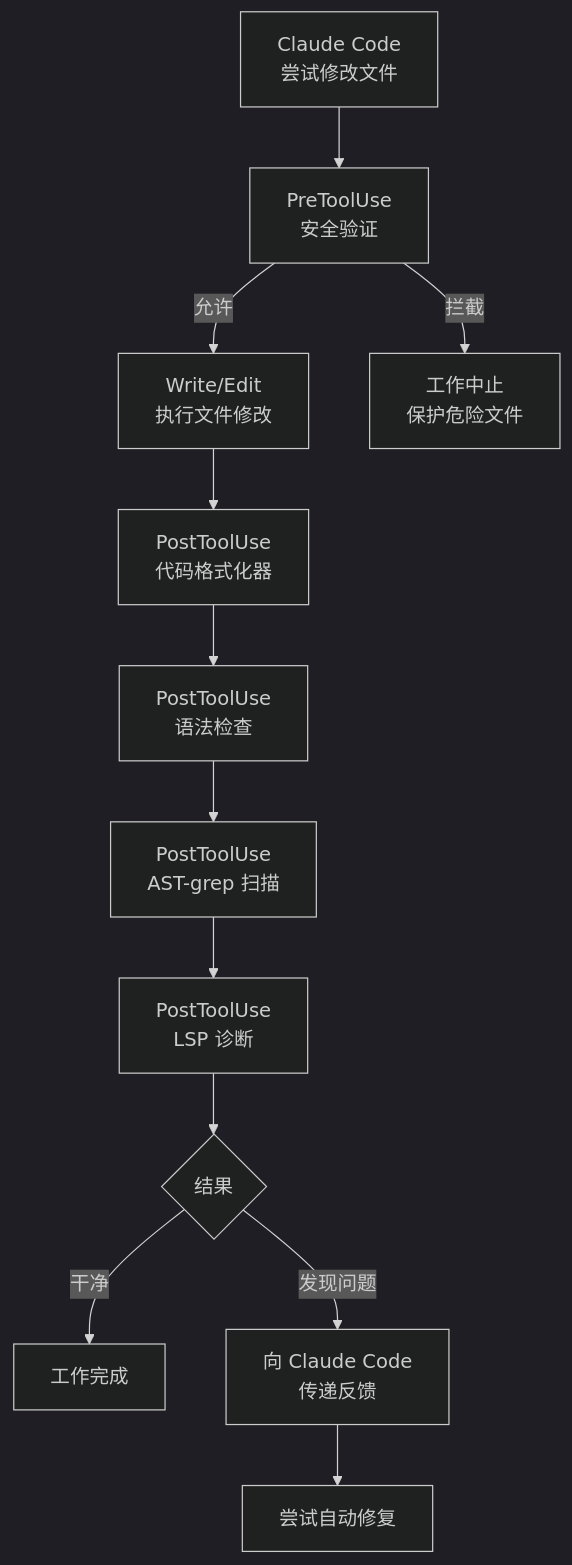
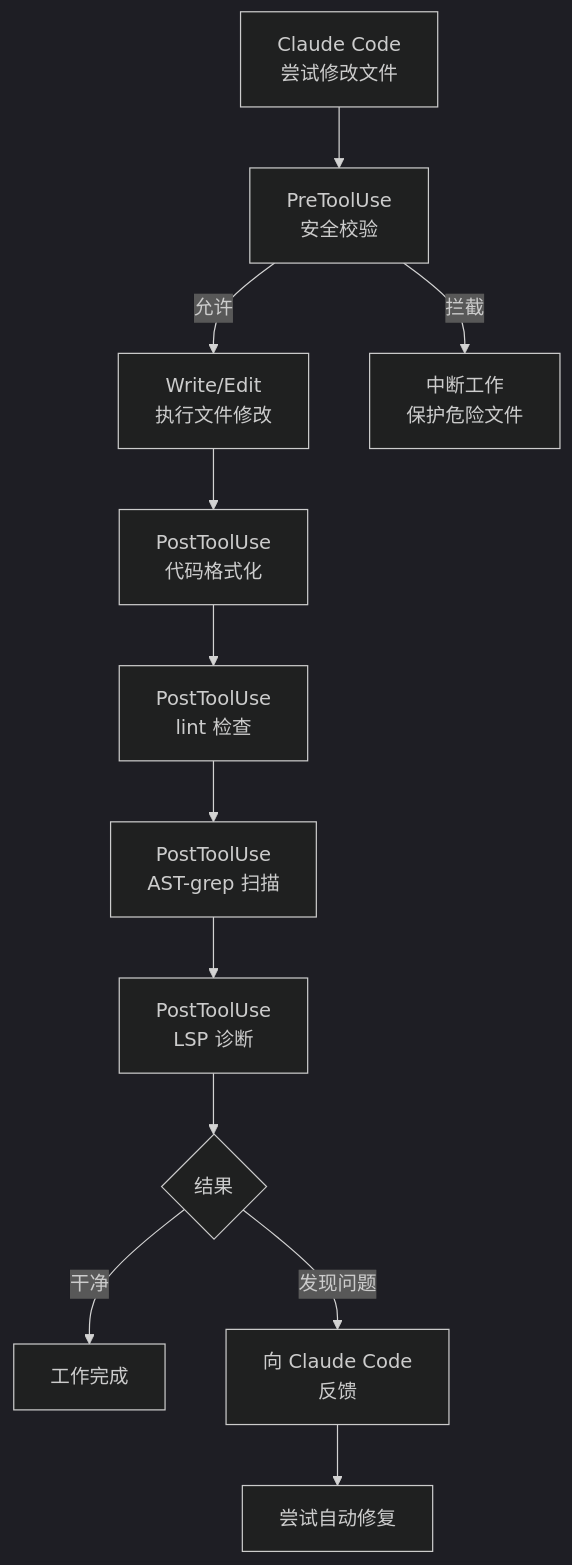
Before and after one commit to modu-ai/moai-adk: the second of 2 diagrams in docs-site/content/zh/advanced/hooks-guide.md, drawn with Mermaid (dark theme). The commit also changed other lines of this file and 395 other files, not shown here.

````diff
--- a/docs-site/content/zh/advanced/hooks-guide.md
+++ b/docs-site/content/zh/advanced/hooks-guide.md
@@ -110,17 +147,17 @@
 ```mermaid
 flowchart TD
-    A["Claude Code<br>尝试修改文件"] --> B["PreToolUse<br>安全验证"]
+    A["Claude Code<br>尝试修改文件"] --> B["PreToolUse<br>安全校验"]
 
     B -->|允许| C["Write/Edit<br>执行文件修改"]
-    B -->|拦截| BLOCK["工作中止<br>保护危险文件"]
+    B -->|拦截| BLOCK["中断工作<br>保护危险文件"]
 
-    C --> D["PostToolUse<br>代码格式化器"]
-    D --> E["PostToolUse<br>语法检查"]
+    C --> D["PostToolUse<br>代码格式化"]
+    D --> E["PostToolUse<br>lint 检查"]
     E --> F["PostToolUse<br>AST-grep 扫描"]
     F --> G["PostToolUse<br>LSP 诊断"]
 
     G --> H{结果}
     H -->|干净| I["工作完成"]
-    H -->|发现问题| J["向 Claude Code<br>传递反馈"]
+    H -->|发现问题| J["向 Claude Code<br>反馈"]
     J --> K["尝试自动修复"]
 ```
````
